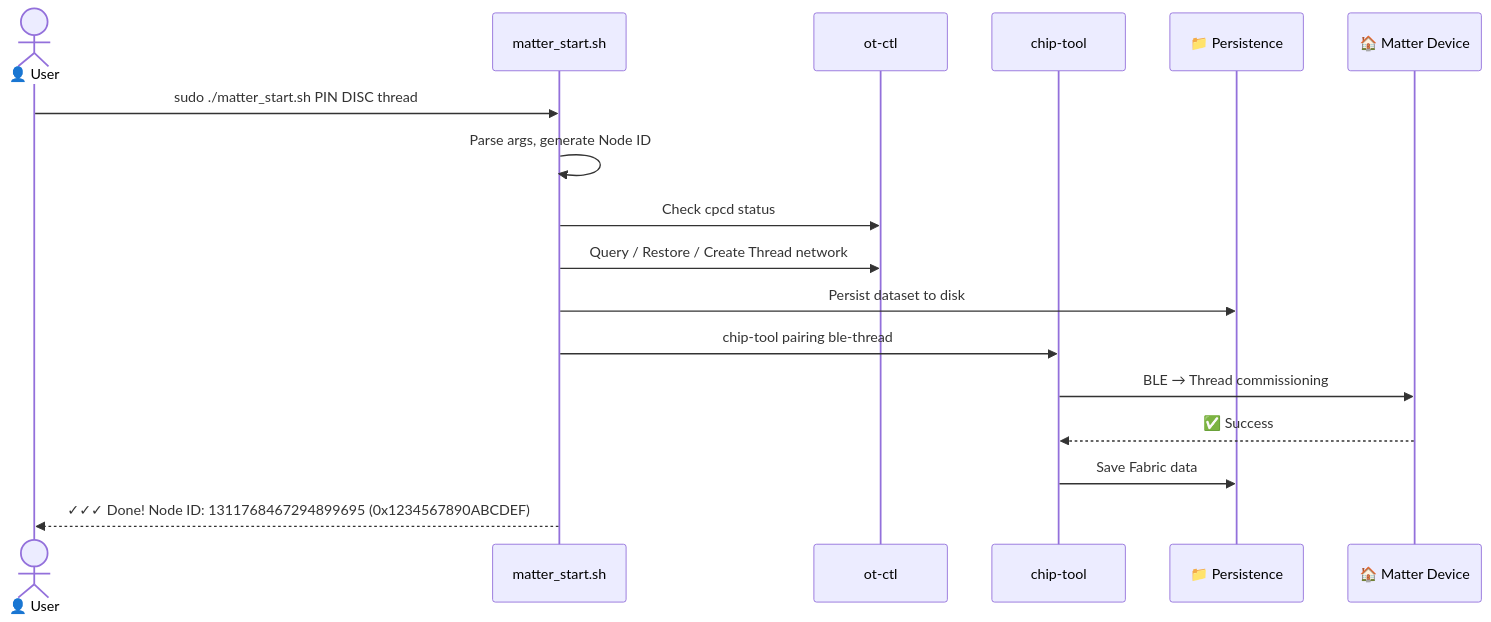
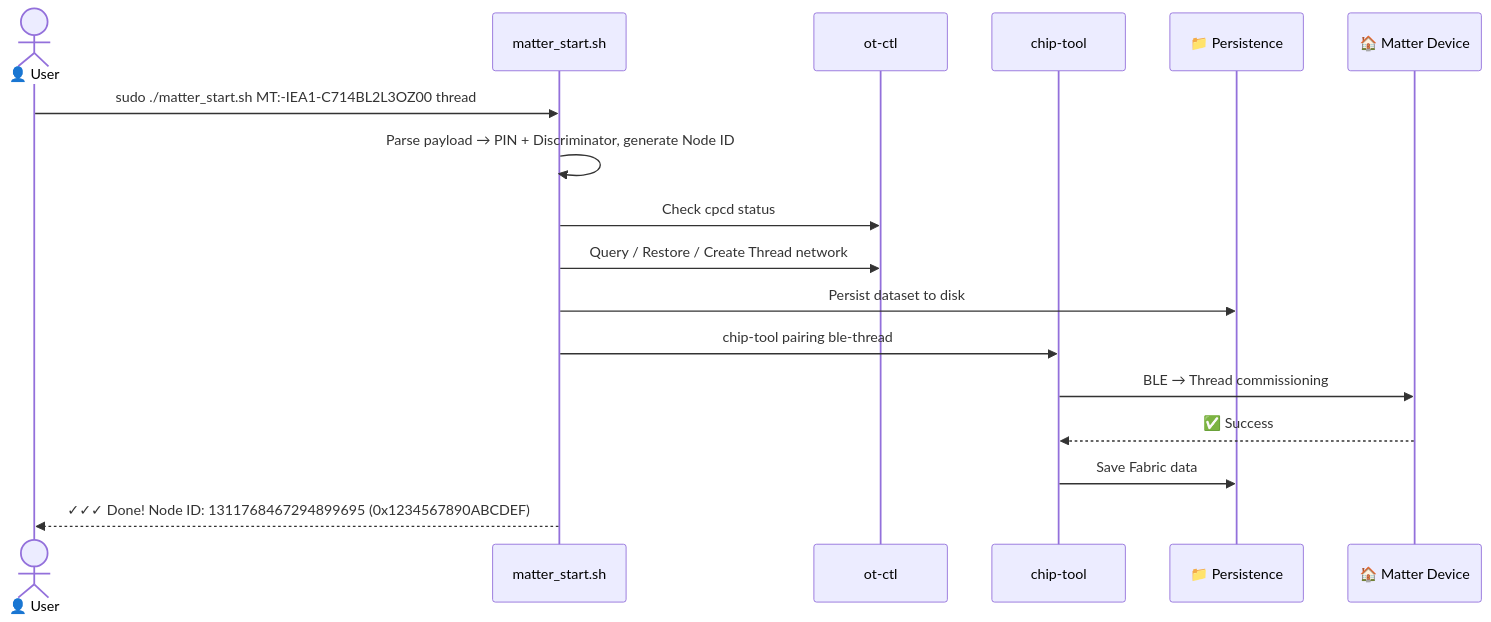
The third of 3 diagrams in README_EN.md (BobXianQ/Chip-Launcher-ForMatter), drawn with Mermaid before and after one commit. The commit also changed other lines of this file and 2 other files, not shown here.

First line of the commit message:
feat(script): support Matter setup payload auto-parsing mode (v4.05.630)

````diff
--- a/README_EN.md
+++ b/README_EN.md
@@ -220,20 +238,20 @@
 ```mermaid
 sequenceDiagram
     actor U as 👤 User
     participant S as matter_start.sh
     participant OT as ot-ctl
     participant CT as chip-tool
     participant D as 📁 Persistence
     participant M as 🏠 Matter Device
 
-    U->>S: sudo ./matter_start.sh PIN DISC thread
-    S->>S: Parse args, generate Node ID
+    U->>S: sudo ./matter_start.sh MT:-IEA1-C714BL2L3OZ00 thread
+    S->>S: Parse payload → PIN + Discriminator, generate Node ID
     S->>OT: Check cpcd status
     S->>OT: Query / Restore / Create Thread network
     S->>D: Persist dataset to disk
     S->>CT: chip-tool pairing ble-thread
     CT->>M: BLE → Thread commissioning
     M-->>CT: ✅ Success
     CT->>D: Save Fabric data
     S-->>U: ✓✓✓ Done! Node ID: 1311768467294899695 (0x1234567890ABCDEF)
 ```
````
